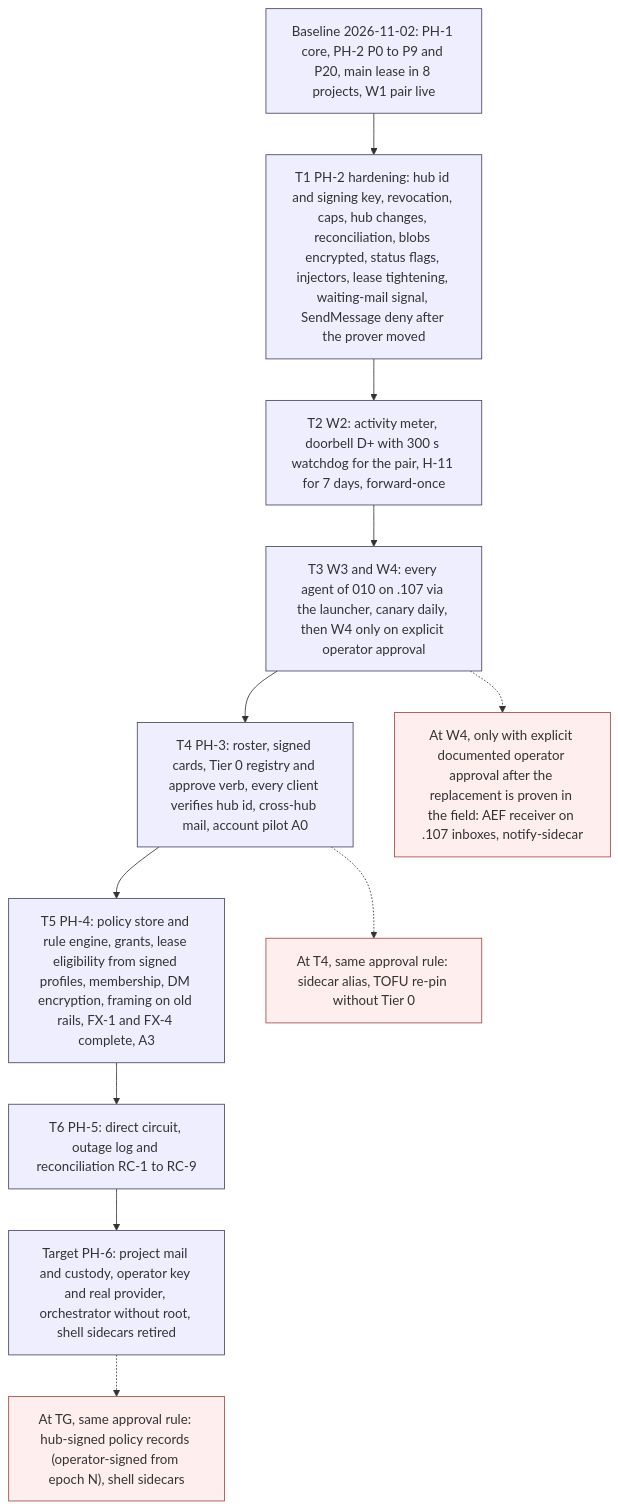
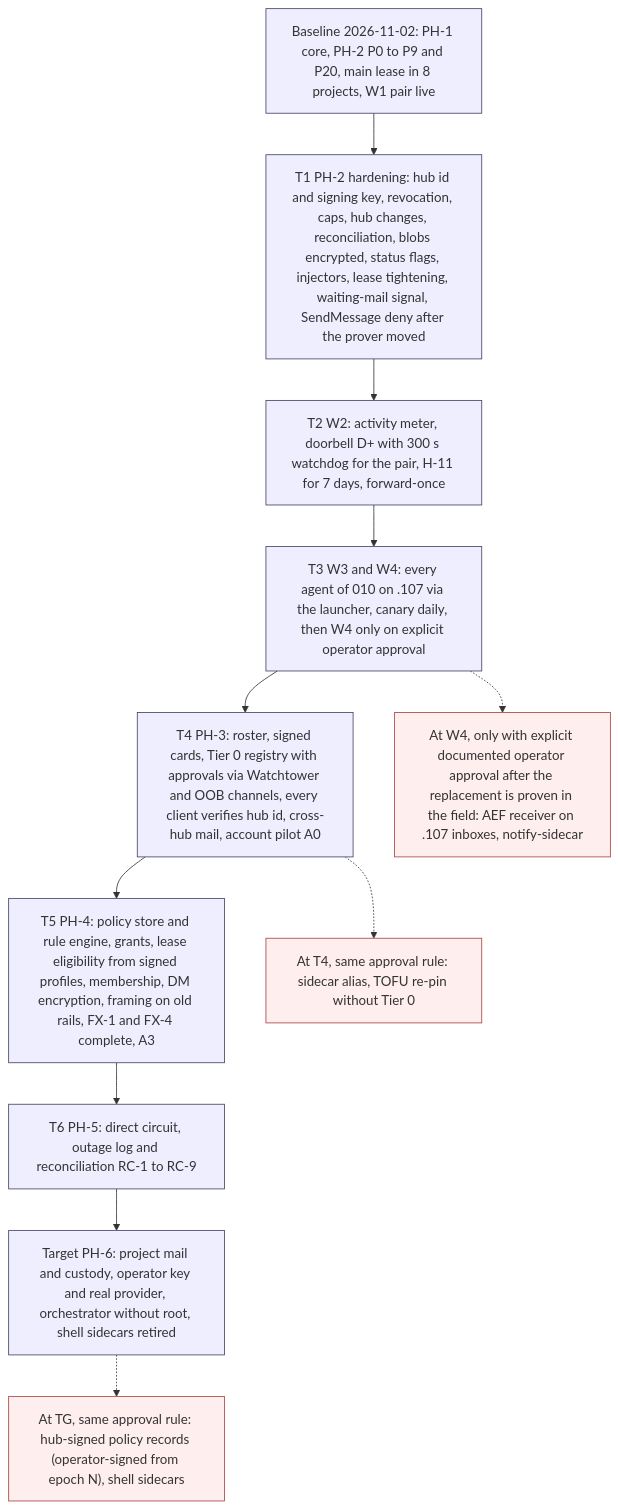
One commit to DimitriGeelen/termlink changed the fifth of 5 diagrams in docs/design/interactive-agent-communication-04-architecture.md. Above: the diagram before and after it, drawn with Mermaid. The commit also changed other lines of this file and 2 other files, not shown here.

````diff
--- a/docs/design/interactive-agent-communication-04-architecture.md
+++ b/docs/design/interactive-agent-communication-04-architecture.md
@@ -1004,20 +1006,20 @@
 ```mermaid
 flowchart TB
   classDef st fill:#eef,stroke:#446
   classDef rm fill:#fee,stroke:#a44
   B0["Baseline 2026-11-02: PH-1 core, PH-2 P0 to P9 and P20, main lease in 8 projects, W1 pair live"]:::st
   T1["T1 PH-2 hardening: hub id and signing key, revocation, caps, hub changes, reconciliation, blobs encrypted, status flags, injectors, lease tightening, waiting-mail signal, SendMessage deny after the prover moved"]:::st
   T2["T2 W2: activity meter, doorbell D+ with 300 s watchdog for the pair, H-11 for 7 days, forward-once"]:::st
   T3["T3 W3 and W4: every agent of 010 on .107 via the launcher, canary daily, then W4 only on explicit operator approval"]:::st
-  T4["T4 PH-3: roster, signed cards, Tier 0 registry and approve verb, every client verifies hub id, cross-hub mail, account pilot A0"]:::st
+  T4["T4 PH-3: roster, signed cards, Tier 0 registry with approvals via Watchtower and OOB channels, every client verifies hub id, cross-hub mail, account pilot A0"]:::st
   T5["T5 PH-4: policy store and rule engine, grants, lease eligibility from signed profiles, membership, DM encryption, framing on old rails, FX-1 and FX-4 complete, A3"]:::st
   T6["T6 PH-5: direct circuit, outage log and reconciliation RC-1 to RC-9"]:::st
   TG["Target PH-6: project mail and custody, operator key and real provider, orchestrator without root, shell sidecars retired"]:::st
   R1["At W4, only with explicit documented operator approval after the replacement is proven in the field: AEF receiver on .107 inboxes, notify-sidecar"]:::rm
   R2["At T4, same approval rule: sidecar alias, TOFU re-pin without Tier 0"]:::rm
   R3["At TG, same approval rule: hub-signed policy records (operator-signed from epoch N), shell sidecars"]:::rm
   B0 --> T1 --> T2 --> T3 --> T4 --> T5 --> T6 --> TG
   T3 -.-> R1
   T4 -.-> R2
   TG -.-> R3
 ```
````
